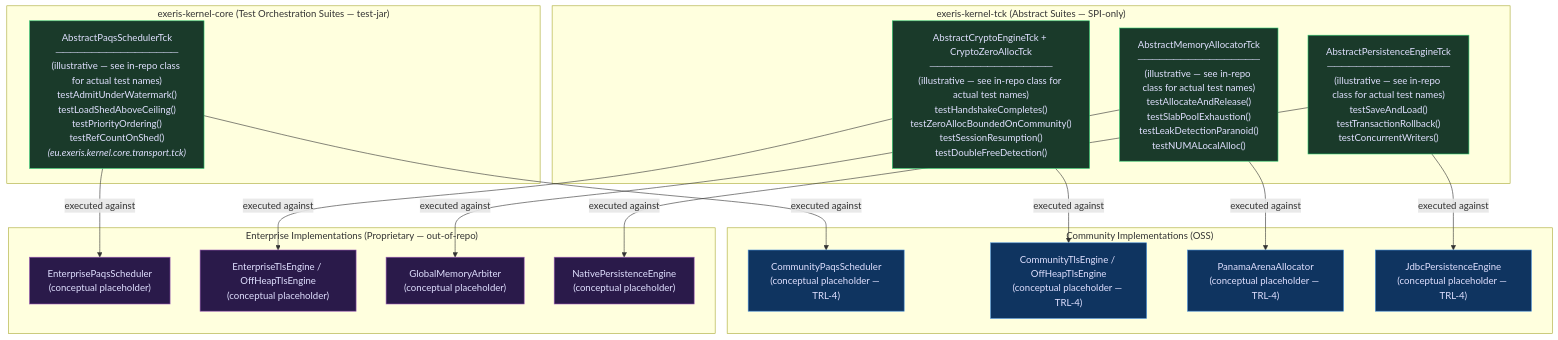
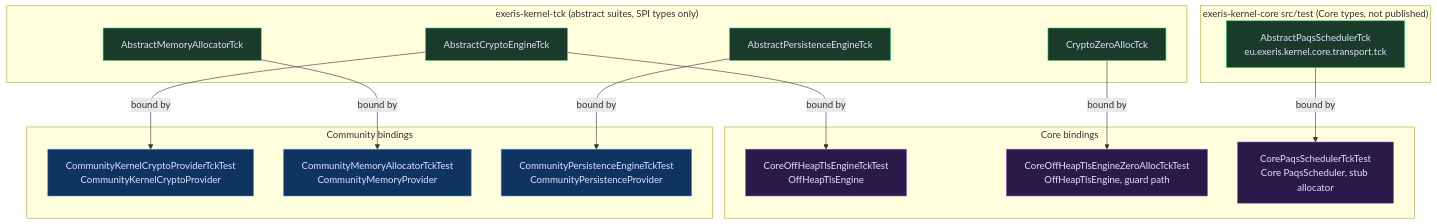
Before and after one commit to exeris-systems/exeris-kernel: the first of 2 diagrams in docs/modules/05-tck.md, drawn with Mermaid. The commit also changed other lines of this file, not shown here.

````diff
--- a/docs/modules/05-tck.md
+++ b/docs/modules/05-tck.md
@@ -16,44 +31,43 @@
 ```mermaid
 graph TD
-    subgraph "exeris-kernel-tck (Abstract Suites — SPI-only)"
-        TLS_TCK["AbstractCryptoEngineTck + CryptoZeroAllocTck\n─────────────────\n(illustrative — see in-repo class for actual test names)\ntestHandshakeCompletes()\ntestZeroAllocBoundedOnCommunity()\ntestSessionResumption()\ntestDoubleFreeDetection()"]
-        MEM_TCK["AbstractMemoryAllocatorTck\n─────────────────\n(illustrative — see in-repo class for actual test names)\ntestAllocateAndRelease()\ntestSlabPoolExhaustion()\ntestLeakDetectionParanoid()\ntestNUMALocalAlloc()"]
-        REPO_TCK["AbstractPersistenceEngineTck\n─────────────────\n(illustrative — see in-repo class for actual test names)\ntestSaveAndLoad()\ntestTransactionRollback()\ntestConcurrentWriters()"]
+    subgraph "exeris-kernel-tck (abstract suites, SPI types only)"
+        TLS_TCK["AbstractCryptoEngineTck"]
+        ZA_TCK["CryptoZeroAllocTck"]
+        MEM_TCK["AbstractMemoryAllocatorTck"]
+        REPO_TCK["AbstractPersistenceEngineTck"]
     end
 
-    subgraph "exeris-kernel-core (Test Orchestration Suites — test-jar)"
-        PAQS_TCK["AbstractPaqsSchedulerTck\n─────────────────\n(illustrative — see in-repo class for actual test names)\ntestAdmitUnderWatermark()\ntestLoadShedAboveCeiling()\ntestPriorityOrdering()\ntestRefCountOnShed()\n<i>(eu.exeris.kernel.core.transport.tck)</i>"]
+    subgraph "exeris-kernel-core src/test (Core types, not published)"
+        PAQS_TCK["AbstractPaqsSchedulerTck<br/>eu.exeris.kernel.core.transport.tck"]
     end
 
-    subgraph "Community Implementations (OSS)"
-        C_PAQS["CommunityPaqsScheduler\n(conceptual placeholder — TRL-4)"]
-        C_TLS["CommunityTlsEngine / OffHeapTlsEngine\n(conceptual placeholder — TRL-4)"]
-        C_MEM["PanamaArenaAllocator\n(conceptual placeholder — TRL-4)"]
-        C_REPO["JdbcPersistenceEngine\n(conceptual placeholder — TRL-4)"]
+    subgraph "Core bindings"
+        C_TLS["CoreOffHeapTlsEngineTckTest<br/>OffHeapTlsEngine"]
+        C_ZA["CoreOffHeapTlsEngineZeroAllocTckTest<br/>OffHeapTlsEngine, guard path"]
+        C_PAQS["CorePaqsSchedulerTckTest<br/>Core PaqsScheduler, stub allocator"]
     end
 
-    subgraph "Enterprise Implementations (Proprietary — out-of-repo)"
-        E_PAQS["EnterprisePaqsScheduler\n(conceptual placeholder)"]
-        E_TLS["EnterpriseTlsEngine / OffHeapTlsEngine\n(conceptual placeholder)"]
-        E_MEM["GlobalMemoryArbiter\n(conceptual placeholder)"]
-        E_REPO["NativePersistenceEngine\n(conceptual placeholder)"]
+    subgraph "Community bindings"
+        M_TLS["CommunityKernelCryptoProviderTckTest<br/>CommunityKernelCryptoProvider"]
+        M_MEM["CommunityMemoryAllocatorTckTest<br/>CommunityMemoryProvider"]
+        M_REPO["CommunityPersistenceEngineTckTest<br/>CommunityPersistenceProvider"]
     end
 
-    PAQS_TCK -->|"executed against"| C_PAQS & E_PAQS
-    TLS_TCK  -->|"executed against"| C_TLS  & E_TLS
-    MEM_TCK  -->|"executed against"| C_MEM  & E_MEM
-    REPO_TCK -->|"executed against"| C_REPO & E_REPO
+    TLS_TCK  -->|"bound by"| C_TLS & M_TLS
+    ZA_TCK   -->|"bound by"| C_ZA
+    MEM_TCK  -->|"bound by"| M_MEM
+    REPO_TCK -->|"bound by"| M_REPO
+    PAQS_TCK -->|"bound by"| C_PAQS
 
-    style PAQS_TCK fill:#1a3a2a,color:#e0e0ff,stroke:#2ecc71
     style TLS_TCK  fill:#1a3a2a,color:#e0e0ff,stroke:#2ecc71
+    style ZA_TCK   fill:#1a3a2a,color:#e0e0ff,stroke:#2ecc71
     style MEM_TCK  fill:#1a3a2a,color:#e0e0ff,stroke:#2ecc71
     style REPO_TCK fill:#1a3a2a,color:#e0e0ff,stroke:#2ecc71
-    style C_PAQS fill:#0f3460,color:#e0e0ff,stroke:#4a90d9
-    style C_TLS  fill:#0f3460,color:#e0e0ff,stroke:#4a90d9
-    style C_MEM  fill:#0f3460,color:#e0e0ff,stroke:#4a90d9
-    style C_REPO fill:#0f3460,color:#e0e0ff,stroke:#4a90d9
-    style E_PAQS fill:#2a1a4a,color:#e0e0ff,stroke:#9b59b6
-    style E_TLS  fill:#2a1a4a,color:#e0e0ff,stroke:#9b59b6
-    style E_MEM  fill:#2a1a4a,color:#e0e0ff,stroke:#9b59b6
-    style E_REPO fill:#2a1a4a,color:#e0e0ff,stroke:#9b59b6
+    style PAQS_TCK fill:#1a3a2a,color:#e0e0ff,stroke:#2ecc71
+    style C_TLS  fill:#2a1a4a,color:#e0e0ff,stroke:#9b59b6
+    style C_ZA   fill:#2a1a4a,color:#e0e0ff,stroke:#9b59b6
+    style C_PAQS fill:#2a1a4a,color:#e0e0ff,stroke:#9b59b6
+    style M_TLS  fill:#0f3460,color:#e0e0ff,stroke:#4a90d9
+    style M_MEM  fill:#0f3460,color:#e0e0ff,stroke:#4a90d9
+    style M_REPO fill:#0f3460,color:#e0e0ff,stroke:#4a90d9
 ```
````
